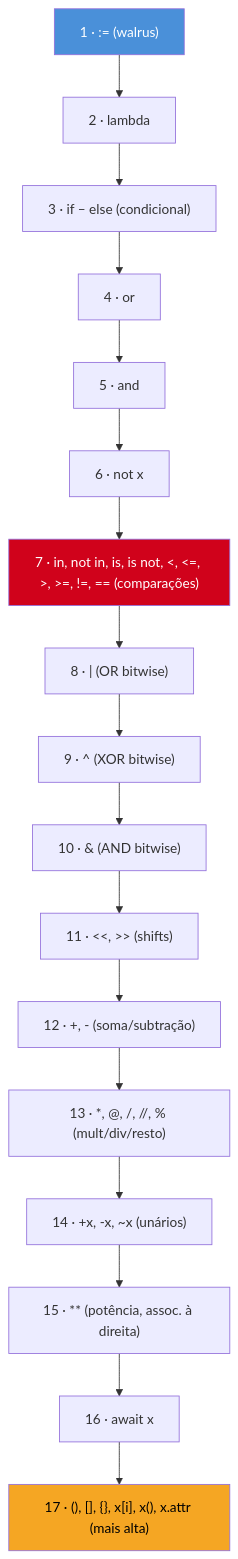
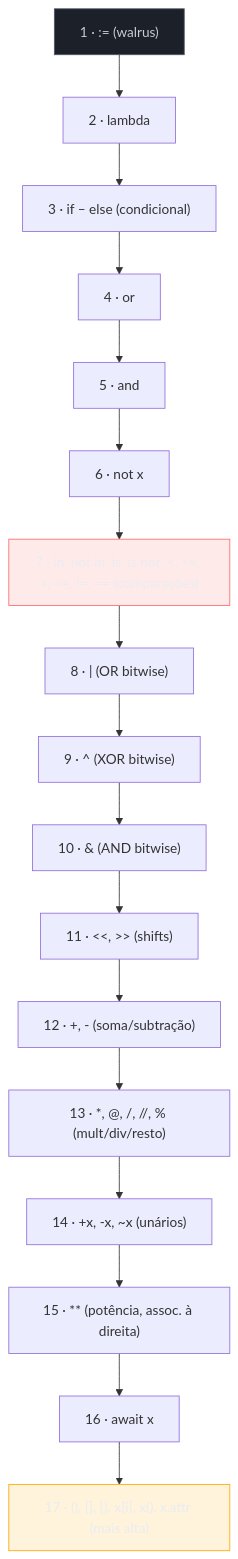
The diagram in 03-Dominios/Tecnologia/Python/Core/03 - Operadores e expressões.md (josenaldo/codex-technomanticus), drawn with Mermaid before and after one commit. The commit also changed 1181 other files, not shown here.

First line of the commit message:
fix(diagramas): paleta do sistema no lugar de cor cravada no markdown

````diff
--- a/03-Dominios/Tecnologia/Python/Core/03 - Operadores e expressões.md
+++ b/03-Dominios/Tecnologia/Python/Core/03 - Operadores e expressões.md
@@ -234,23 +234,26 @@
 ```mermaid
 flowchart TB
+    classDef neutro fill:#1B2029,stroke:#4E5666,color:#C6CCD8
+    classDef destaque fill:#FFAA0024,stroke:#FFAA00,color:#E9ECF2
+    classDef falha fill:#FF6B6B24,stroke:#FF6B6B,color:#E9ECF2
     A["1 · := (walrus)"] --> B["2 · lambda"]
     B --> C["3 · if – else (condicional)"]
     C --> D["4 · or"]
     D --> E["5 · and"]
     E --> F["6 · not x"]
     F --> G["7 · in, not in, is, is not, &lt;, &lt;=, &gt;, &gt;=, !=, == (comparações)"]
     G --> H["8 · | (OR bitwise)"]
     H --> I["9 · ^ (XOR bitwise)"]
     I --> J["10 · & (AND bitwise)"]
     J --> K["11 · &lt;&lt;, &gt;&gt; (shifts)"]
     K --> L["12 · +, - (soma/subtração)"]
     L --> M["13 · *, @, /, //, % (mult/div/resto)"]
     M --> N["14 · +x, -x, ~x (unários)"]
     N --> O["15 · ** (potência, assoc. à direita)"]
     O --> P["16 · await x"]
     P --> Q["17 · (), [], {}, x[i], x(), x.attr (mais alta)"]
 
-    style A fill:#4A90D9,color:#fff
-    style Q fill:#F5A623,color:#000
-    style G fill:#D0021B,color:#fff
+    class A neutro
+    class Q destaque
+    class G falha
 ```
````
